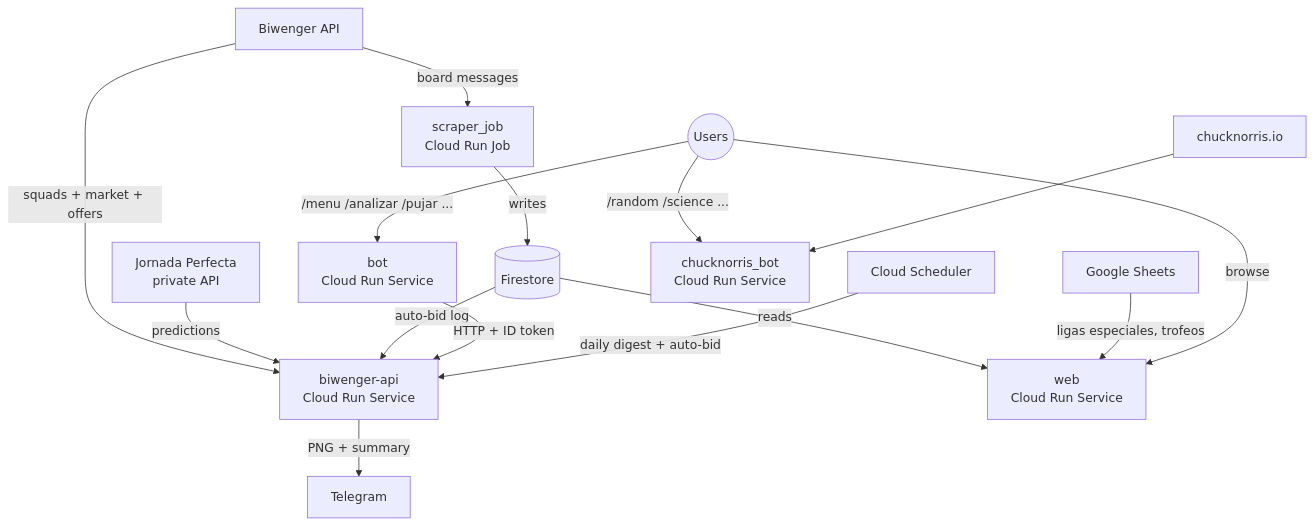
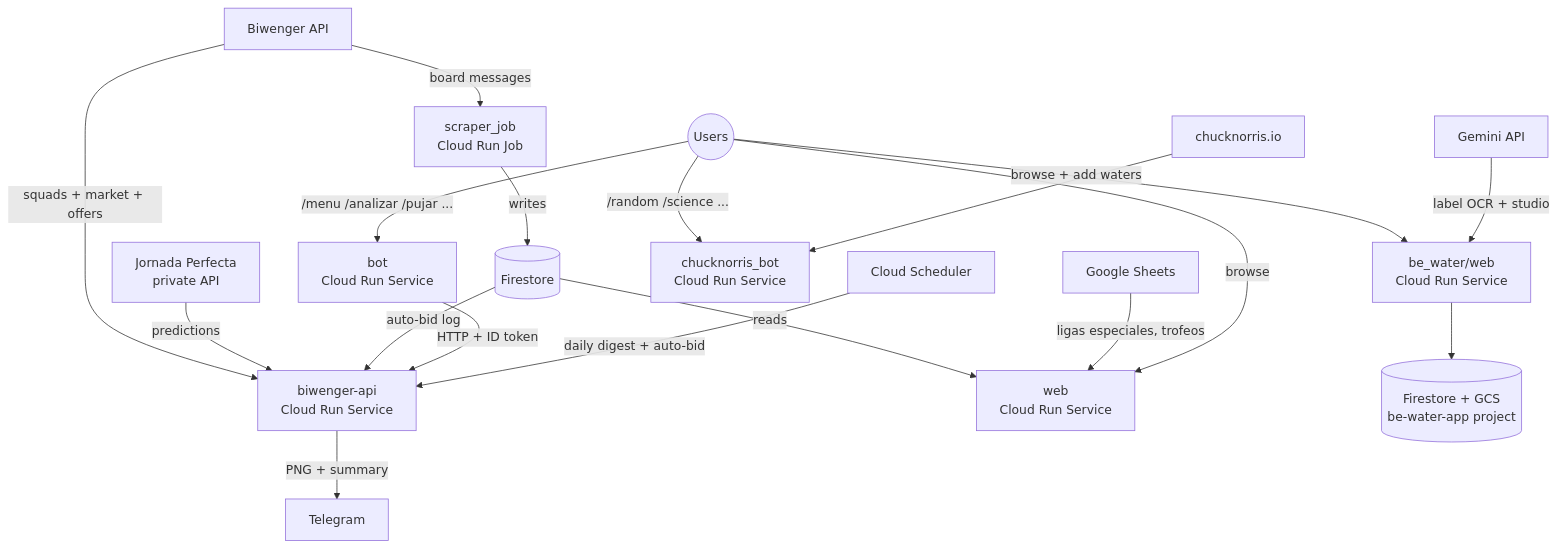
One commit to jorgelillo7/lillorepo changed the diagram in README.md. Above: the diagram before and after it, drawn with Mermaid. The commit also changed other lines of this file and 10 other files, not shown here.

````diff
--- a/README.md
+++ b/README.md
@@ -9,17 +9,20 @@
 ```mermaid
 graph TD
     BWAPI[Biwenger API] -->|board messages| SJ[scraper_job<br/>Cloud Run Job]
     BWAPI -->|squads + market + offers| API[biwenger-api<br/>Cloud Run Service]
     JP[Jornada Perfecta<br/>private API] -->|predictions| API
     SJ -->|writes| FS[(Firestore)]
     FS -->|reads| WEB[web<br/>Cloud Run Service]
     FS -->|auto-bid log| API
     API -->|PNG + summary| TG[Telegram]
     USR((Users)) -->|/menu /analizar /pujar ...| BOT[bot<br/>Cloud Run Service]
     BOT -->|HTTP + ID token| API
     SCH[Cloud Scheduler] -->|daily digest + auto-bid| API
     USR -->|/random /science ...| CBOT[chucknorris_bot<br/>Cloud Run Service]
     CN[chucknorris.io] --> CBOT
+    USR -->|browse + add waters| BW[be_water/web<br/>Cloud Run Service]
+    BW --> BWFS[(Firestore + GCS<br/>be-water-app project)]
+    GEM[Gemini API] -->|label OCR + studio| BW
     GS[Google Sheets] -->|ligas especiales, trofeos| WEB
     USR -->|browse| WEB
 ```
````
